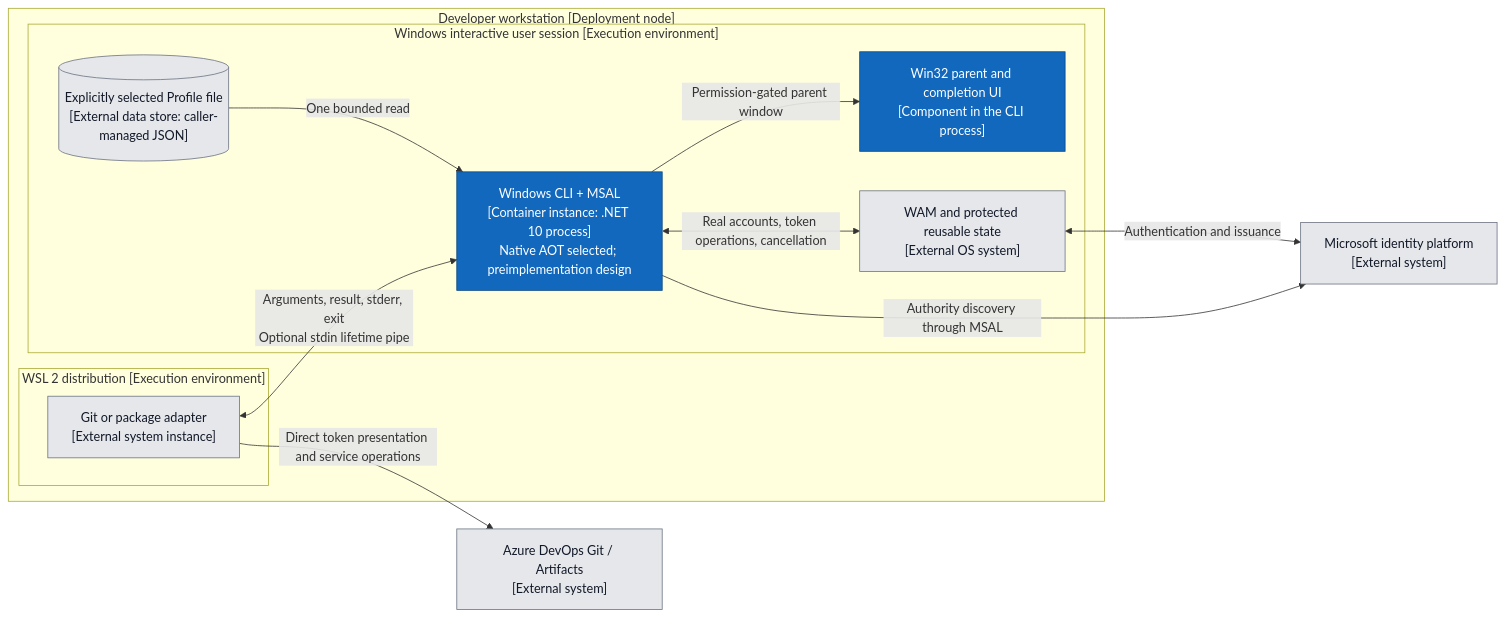
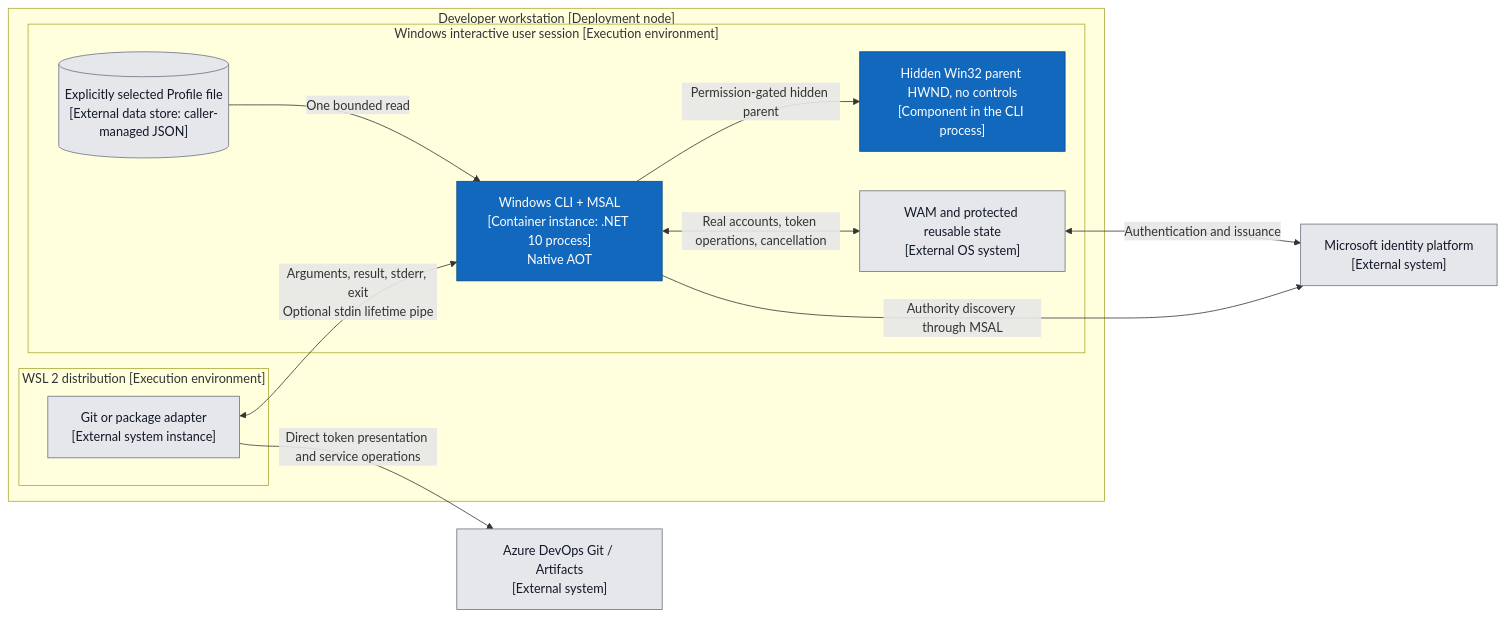
One commit to hcoona/microsoft-authentication-cli changed the first of 4 diagrams in docs/designs/windows-ado-authentication.md. Above: the diagram before and after it, drawn with Mermaid. The commit also changed other lines of this file and 10 other files, not shown here.

````diff
--- a/docs/designs/windows-ado-authentication.md
+++ b/docs/designs/windows-ado-authentication.md
@@ -130,27 +111,27 @@
 ```mermaid
 flowchart LR
     subgraph workstation["Developer workstation [Deployment node]"]
         subgraph wsl["WSL 2 distribution [Execution environment]"]
             caller["Git or package adapter<br/>[External system instance]"]
         end
         subgraph windows["Windows interactive user session [Execution environment]"]
-            cli["Windows CLI + MSAL<br/>[Container instance: .NET 10 process]<br/>Native AOT selected; preimplementation design"]
+            cli["Windows CLI + MSAL<br/>[Container instance: .NET 10 process]<br/>Native AOT"]
             profile[("Explicitly selected Profile file<br/>[External data store: caller-managed JSON]")]
-            ui["Win32 parent and completion UI<br/>[Component in the CLI process]"]
+            ui["Hidden Win32 parent HWND, no controls<br/>[Component in the CLI process]"]
             wam["WAM and protected reusable state<br/>[External OS system]"]
         end
     end
     identity["Microsoft identity platform<br/>[External system]"]
     resource["Azure DevOps Git / Artifacts<br/>[External system]"]
     caller <-->|Arguments, result, stderr, exit<br/>Optional stdin lifetime pipe| cli
     profile -->|One bounded read| cli
-    cli -->|Permission-gated parent window| ui
+    cli -->|Permission-gated hidden parent| ui
     cli <-->|Real accounts, token operations, cancellation| wam
     wam <-->|Authentication and issuance| identity
     cli -->|Authority discovery through MSAL| identity
     caller -->|Direct token presentation and service operations| resource
     classDef owned fill:#1168bd,color:#fff,stroke:#0b4884
     classDef external fill:#e5e7eb,color:#111827,stroke:#6b7280
     class cli,ui owned
     class caller,profile,wam,identity,resource external
 ```
````
